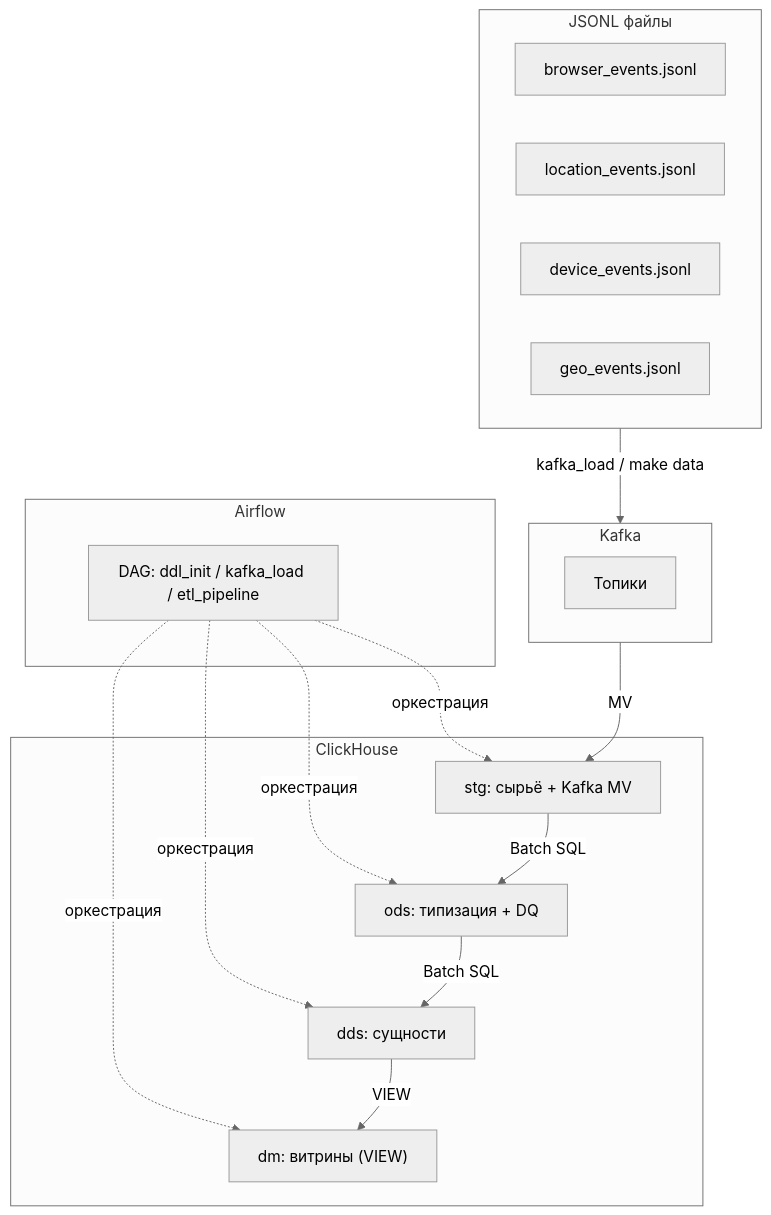
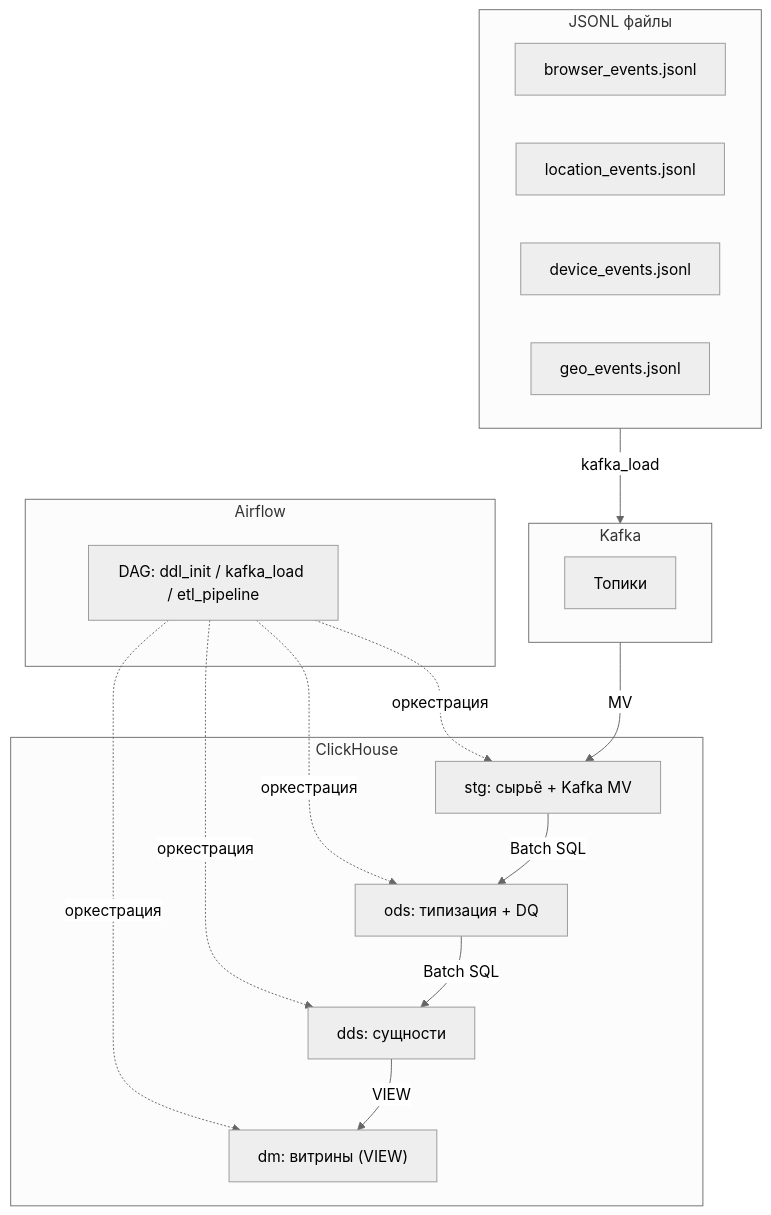
One commit to dementev-dev/clickstream-ch-kafka-superset-demo changed the first of 2 diagrams in README.md. Above: the diagram before and after it, drawn with Mermaid (neutral theme). The commit also changed other lines of this file and 2 other files, not shown here.

````diff
--- a/README.md
+++ b/README.md
@@ -85,27 +82,27 @@
 ```mermaid
 flowchart TB
     subgraph Sources["JSONL файлы"]
         BE[browser_events.jsonl]
         LE[location_events.jsonl]
         DE[device_events.jsonl]
         GE[geo_events.jsonl]
     end
 
     subgraph Kafka["Kafka"]
         KT[Топики]
     end
 
     subgraph CH["ClickHouse"]
         STG["stg: сырьё + Kafka MV"]
         ODS["ods: типизация + DQ"]
         DDS["dds: сущности"]
         DM["dm: витрины (VIEW)"]
     end
 
     subgraph Airflow["Airflow"]
             DAG[DAG: ddl_init / kafka_load / etl_pipeline]
         end
 
-    Sources -->|kafka_load / make data| Kafka -->|MV| STG -->|Batch SQL| ODS -->|Batch SQL| DDS -->|VIEW| DM
+    Sources -->|kafka_load| Kafka -->|MV| STG -->|Batch SQL| ODS -->|Batch SQL| DDS -->|VIEW| DM
     DAG -.->|оркестрация| STG & ODS & DDS & DM
 ```
````
